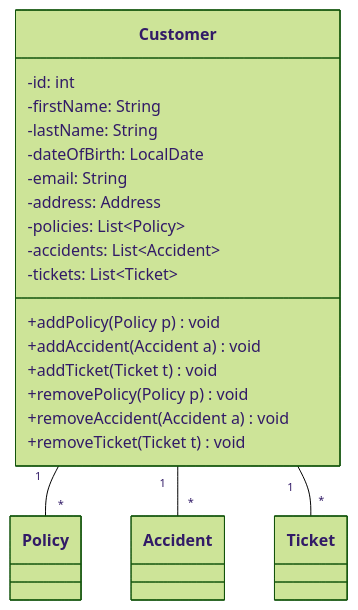
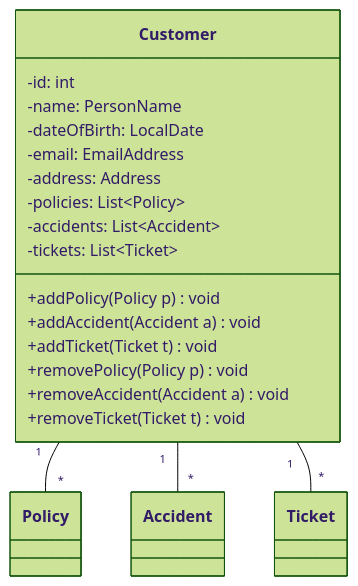
Before and after one commit to SirSimon04/clean-car-insurance: the fourth of 26 diagrams in Programmentwurf.md, drawn with Mermaid (forest theme). The commit also changed other lines of this file and 2 other files, not shown here.

````diff
--- a/Programmentwurf.md
+++ b/Programmentwurf.md
@@ -257,23 +266,22 @@
 ```mermaid
 classDiagram
     class Customer {
       -id: int 
-      -firstName: String 
-      -lastName: String
+      -name: PersonName   
       -dateOfBirth: LocalDate
-      -email: String
+      -email: EmailAddress
       -address: Address
       -policies: List~Policy~
       -accidents: List~Accident~
       -tickets: List~Ticket~ 
       +addPolicy(Policy p) void
       +addAccident(Accident a) void
       +addTicket(Ticket t) void
       +removePolicy(Policy p) void
       +removeAccident(Accident a) void
       +removeTicket(Ticket t) void
     }
     Customer "1" -- "*" Policy
     Customer "1" -- "*" Accident
     Customer "1" -- "*" Ticket
 ```
````
